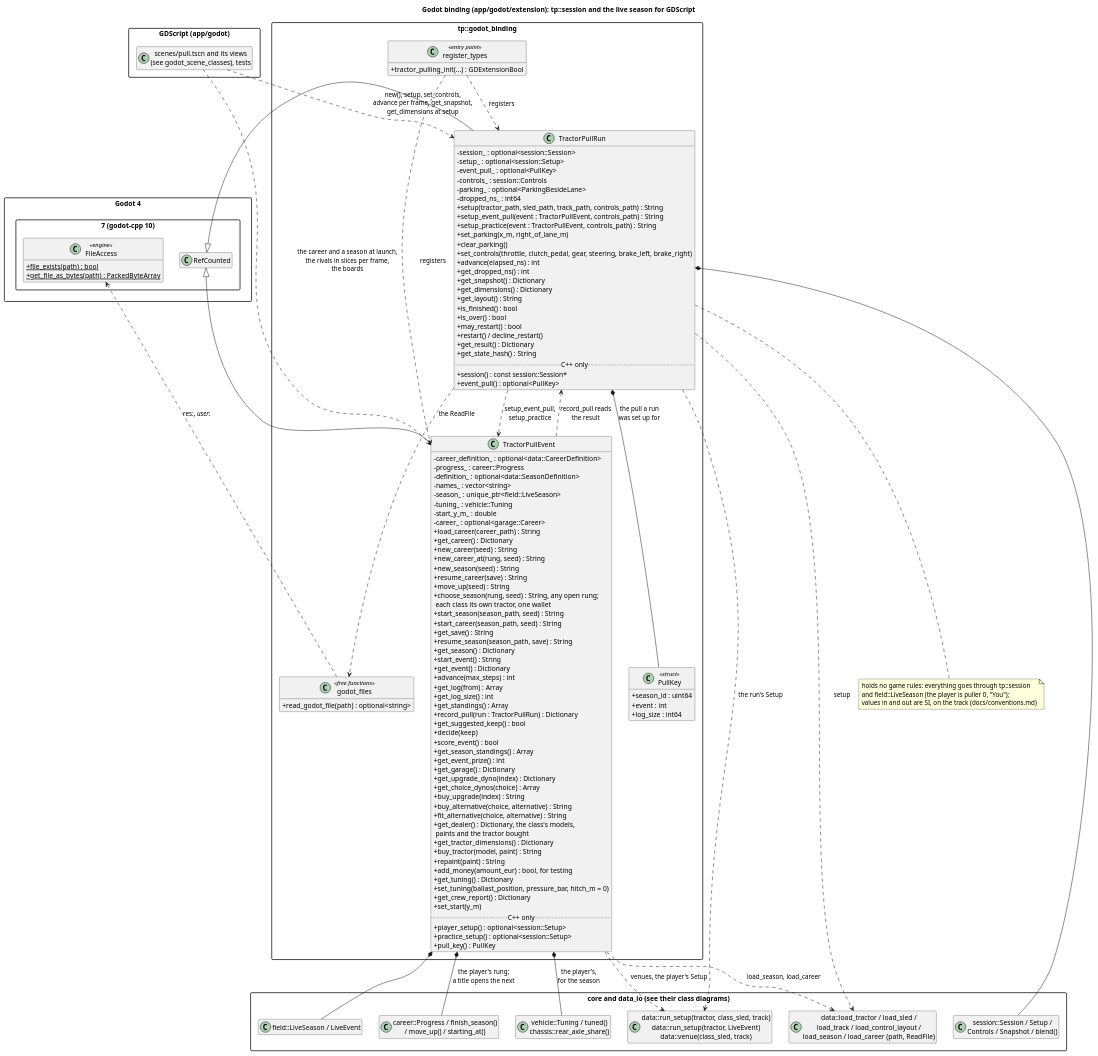
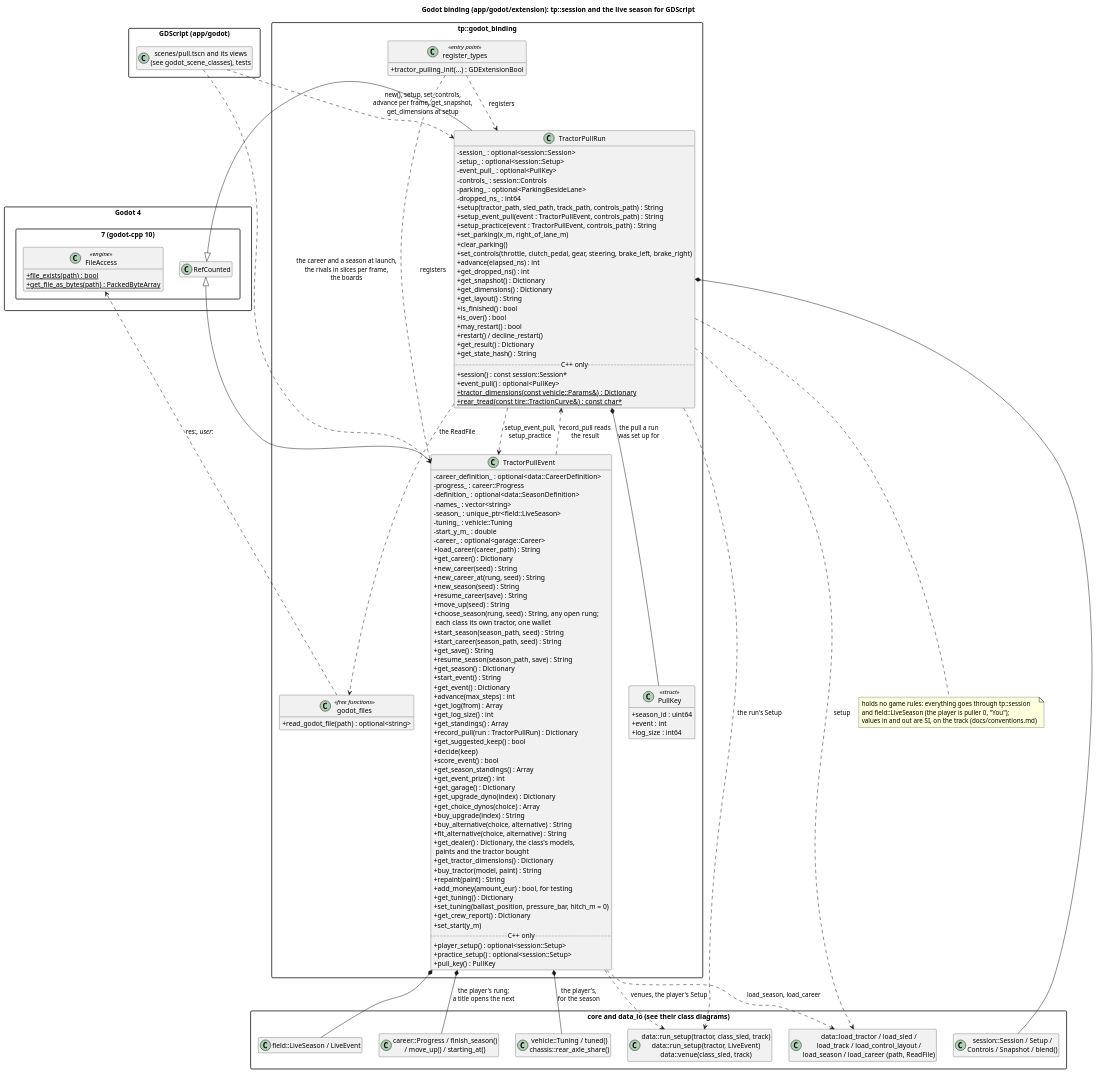
The diagram in docs/diagrams/godot_classes.puml (wversteeg/TractorPulling), drawn with PlantUML before and after one commit. The commit also changed 10 other files, not shown here.

```diff
--- a/docs/diagrams/godot_classes.puml
+++ b/docs/diagrams/godot_classes.puml
@@ -1,148 +1,150 @@
 @startuml godot_classes
 title Godot binding (app/godot/extension): tp::session and the live season for GDScript
 hide empty members
 skinparam packageStyle rectangle
 skinparam classAttributeIconSize 0
 
 package "Godot 4.7 (godot-cpp 10)" {
   class RefCounted
   class FileAccess <<engine>> {
     +{static} file_exists(path) : bool
     +{static} get_file_as_bytes(path) : PackedByteArray
   }
 }
 
 package "tp::godot_binding" {
   class TractorPullRun {
     -session_ : optional<session::Session>
     -setup_ : optional<session::Setup>
     -event_pull_ : optional<PullKey>
     -controls_ : session::Controls
     -parking_ : optional<ParkingBesideLane>
     -dropped_ns_ : int64
     +setup(tractor_path, sled_path, track_path, controls_path) : String
     +setup_event_pull(event : TractorPullEvent, controls_path) : String
     +setup_practice(event : TractorPullEvent, controls_path) : String
     +set_parking(x_m, right_of_lane_m)
     +clear_parking()
     +set_controls(throttle, clutch_pedal, gear, steering, brake_left, brake_right)
     +advance(elapsed_ns) : int
     +get_dropped_ns() : int
     +get_snapshot() : Dictionary
     +get_dimensions() : Dictionary
     +get_layout() : String
     +is_finished() : bool
     +is_over() : bool
     +may_restart() : bool
     +restart() / decline_restart()
     +get_result() : Dictionary
     +get_state_hash() : String
     ..C++ only..
     +session() : const session::Session*
     +event_pull() : optional<PullKey>
+    +{static} tractor_dimensions(const vehicle::Params&) : Dictionary
+    +{static} rear_tread(const tire::TractionCurve&) : const char*
   }
   class TractorPullEvent {
     -career_definition_ : optional<data::CareerDefinition>
     -progress_ : career::Progress
     -definition_ : optional<data::SeasonDefinition>
     -names_ : vector<string>
     -season_ : unique_ptr<field::LiveSeason>
     -tuning_ : vehicle::Tuning
     -start_y_m_ : double
     -career_ : optional<garage::Career>
     +load_career(career_path) : String
     +get_career() : Dictionary
     +new_career(seed) : String
     +new_career_at(rung, seed) : String
     +new_season(seed) : String
     +resume_career(save) : String
     +move_up(seed) : String
     +choose_season(rung, seed) : String, any open rung;\n each class its own tractor, one wallet
     +start_season(season_path, seed) : String
     +start_career(season_path, seed) : String
     +get_save() : String
     +resume_season(season_path, save) : String
     +get_season() : Dictionary
     +start_event() : String
     +get_event() : Dictionary
     +advance(max_steps) : int
     +get_log(from) : Array
     +get_log_size() : int
     +get_standings() : Array
     +record_pull(run : TractorPullRun) : Dictionary
     +get_suggested_keep() : bool
     +decide(keep)
     +score_event() : bool
     +get_season_standings() : Array
     +get_event_prize() : int
     +get_garage() : Dictionary
     +get_upgrade_dyno(index) : Dictionary
     +get_choice_dynos(choice) : Array
     +buy_upgrade(index) : String
     +buy_alternative(choice, alternative) : String
     +fit_alternative(choice, alternative) : String
     +get_dealer() : Dictionary, the class's models,\n paints and the tractor bought
     +get_tractor_dimensions() : Dictionary
     +buy_tractor(model, paint) : String
     +repaint(paint) : String
     +add_money(amount_eur) : bool, for testing
     +get_tuning() : Dictionary
     +set_tuning(ballast_position, pressure_bar, hitch_m = 0)
     +get_crew_report() : Dictionary
     +set_start(y_m)
     ..C++ only..
     +player_setup() : optional<session::Setup>
     +practice_setup() : optional<session::Setup>
     +pull_key() : PullKey
   }
   class PullKey <<struct>> {
     +season_id : uint64
     +event : int
     +log_size : int64
   }
   TractorPullRun *-- PullKey : the pull a run\nwas set up for
   class "godot_files" as Files <<free functions>> {
     +read_godot_file(path) : optional<string>
   }
   class "register_types" as Register <<entry point>> {
     +tractor_pulling_init(...) : GDExtensionBool
   }
 }
 
 package "core and data_io (see their class diagrams)" {
   class "session::Session / Setup /\nControls / Snapshot / blend()" as Session
   class "data::load_tractor / load_sled /\nload_track / load_control_layout /\nload_season / load_career (path, ReadFile)" as Loaders
   class "data::run_setup(tractor, class_sled, track)\ndata::run_setup(tractor, LiveEvent)\ndata::venue(class_sled, track)" as RunSetup
   class "field::LiveSeason / LiveEvent" as Live
   class "career::Progress / finish_season()\n/ move_up() / starting_at()" as Career
   class "vehicle::Tuning / tuned()\nchassis::rear_axle_share()" as Tuning
 }
 
 package "GDScript (app/godot)" {
   class "scenes/pull.tscn and its views\n(see godot_scene_classes), tests" as Scripts
 }
 
 RefCounted <|-- TractorPullRun
 RefCounted <|-- TractorPullEvent
 Register ..> TractorPullRun : registers
 Register ..> TractorPullEvent : registers
 TractorPullEvent *-- Live
 TractorPullEvent *-- Tuning : the player's,\nfor the season
 TractorPullEvent ..> Loaders : load_season, load_career
 TractorPullEvent *-- Career : the player's rung;\na title opens the next
 TractorPullEvent ..> RunSetup : venues, the player's Setup
 TractorPullRun ..> TractorPullEvent : setup_event_pull,\nsetup_practice
 TractorPullEvent ..> TractorPullRun : record_pull reads\nthe result
 TractorPullRun *-- Session
 TractorPullRun ..> Loaders : setup
 TractorPullRun ..> RunSetup : the run's Setup
 TractorPullRun ..> Files : the ReadFile
 Files ..> FileAccess : res://, user://
 Scripts ..> TractorPullRun : new(), setup, set_controls,\nadvance per frame, get_snapshot,\nget_dimensions at setup
 Scripts ..> TractorPullEvent : the career and a season at launch,\nthe rivals in slices per frame,\nthe boards
 note bottom of TractorPullRun
   holds no game rules: everything goes through tp::session
   and field::LiveSeason (the player is puller 0, "You");
   values in and out are SI, on the track (docs/conventions.md)
 end note
 @enduml
```
